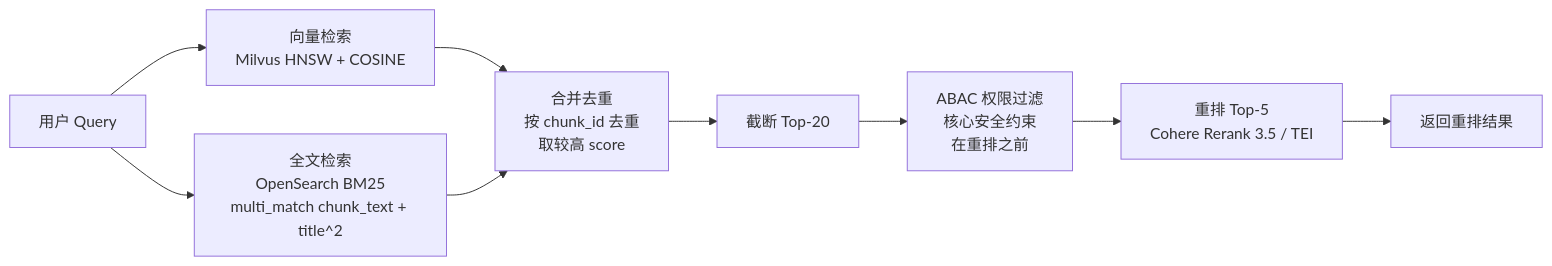
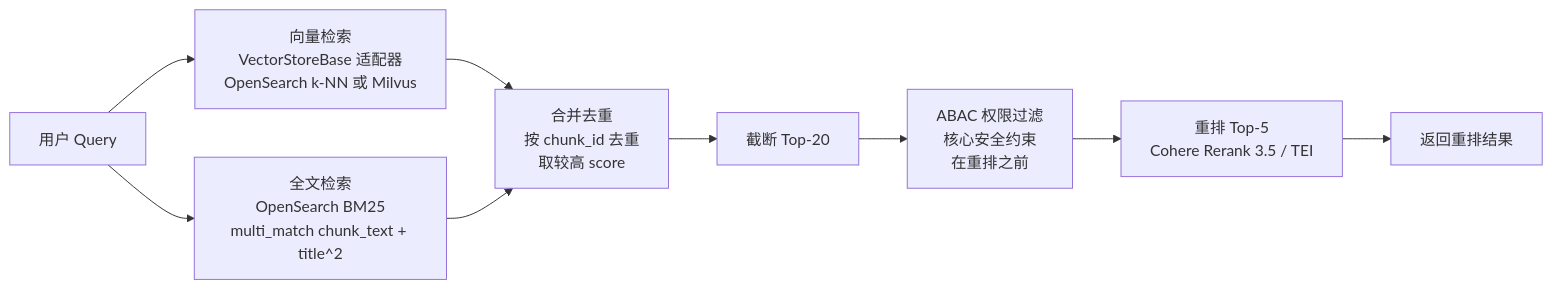
The fourth of 22 diagrams in README.md (jamesfeng2009/KnowledgeBase), drawn with Mermaid before and after one commit. The commit also changed other lines of this file, not shown here.

First line of the commit message:
docs: README 更新向量存储适配器模式 — 默认 OpenSearch k-NN，Milvus 可选

````diff
--- a/README.md
+++ b/README.md
@@ -298,13 +298,13 @@
 ```mermaid
 flowchart LR
-    QUERY[用户 Query] --> VEC[向量检索<br/>Milvus HNSW + COSINE]
+    QUERY[用户 Query] --> VEC[向量检索<br/>VectorStoreBase 适配器<br/>OpenSearch k-NN 或 Milvus]
     QUERY --> FULL[全文检索<br/>OpenSearch BM25<br/>multi_match chunk_text + title^2]
 
     VEC --> MERGE[合并去重<br/>按 chunk_id 去重<br/>取较高 score]
     FULL --> MERGE
 
     MERGE --> TOPK[截断 Top-20]
     TOPK --> PERM[ABAC 权限过滤<br/>核心安全约束<br/>在重排之前]
     PERM --> RERANK[重排 Top-5<br/>Cohere Rerank 3.5 / TEI]
     RERANK --> RESULT[返回重排结果]
 ```
````
